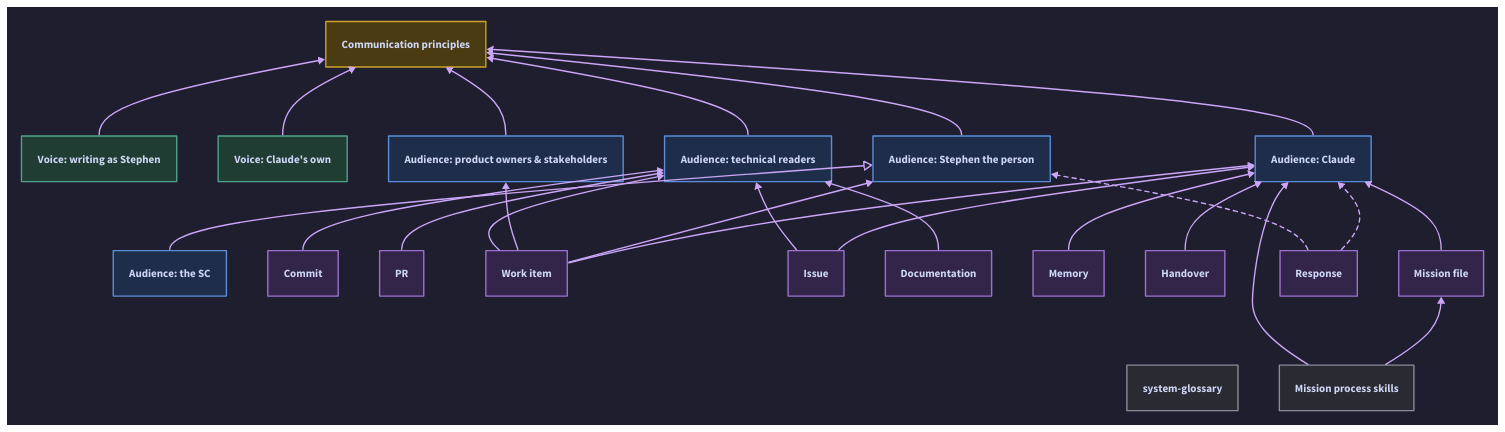
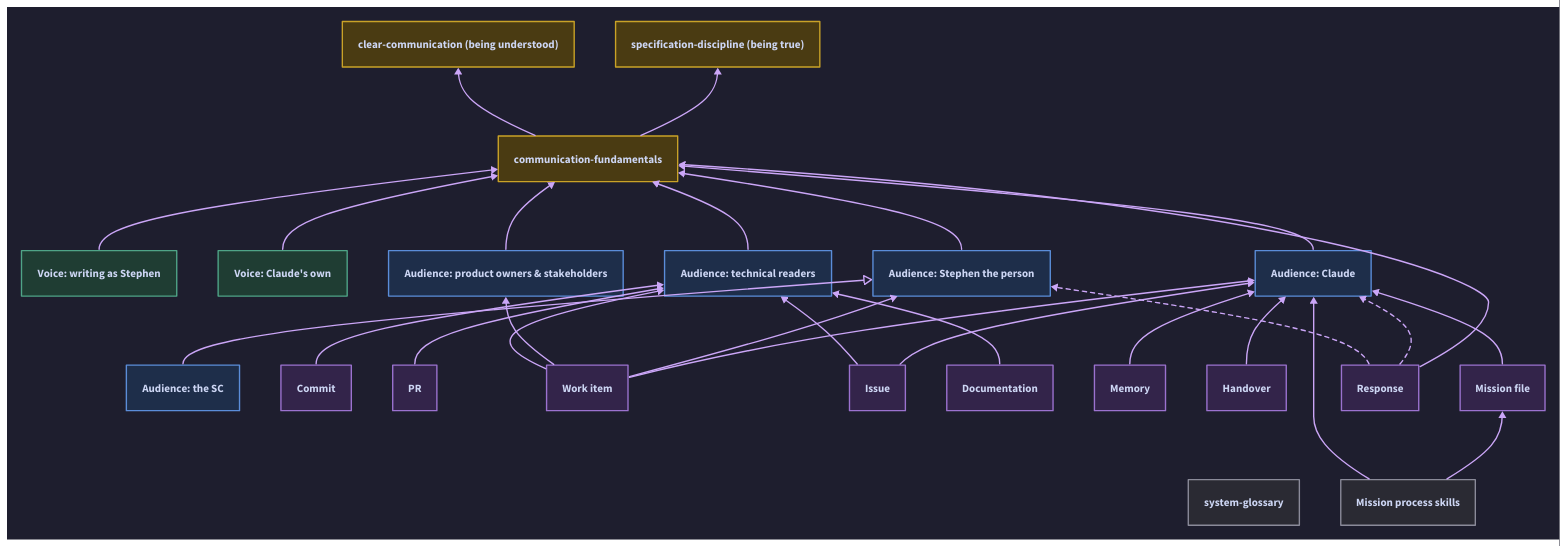
Before and after one commit to shellicar/skills: the diagram in docs/diagrams/communication.d2, drawn with D2. The commit also changed 4 other files, not shown here.

Commit message:
Thin communication-fundamentals to the foundation umbrella

```diff
--- a/docs/diagrams/communication.d2
+++ b/docs/diagrams/communication.d2
@@ -1,112 +1,118 @@
 vars: {
   d2-config: {
     theme-id: 200
   }
 }
 
 # The communication model — layers and dependencies.
 # Layers are colours, not groups, so related nodes cluster naturally.
 # Global layers: foundation (gold), voice (green), audience (blue), medium (purple).
 # Fleet layer (grey): outside the model, extends it.
 # Dependencies point down the model only.
 # The hollow-triangle edge is inheritance: the SC extends Stephen the person, so it is an audience.
 # Dashed edges are per-instance: a response reaches one of its audiences, chosen at composition time.
 
 direction: up
 
 classes: {
   foundation: {
     style: {
       fill: "#4A3B12"
       stroke: "#C9A227"
     }
   }
   voice: {
     style: {
       fill: "#1F3D33"
       stroke: "#4FA487"
     }
   }
   audience: {
     style: {
       fill: "#1E2E4A"
       stroke: "#5B8DD9"
     }
   }
   medium: {
     style: {
       fill: "#33244A"
       stroke: "#9B72CF"
     }
   }
   fleet: {
     style: {
       fill: "#2A2A33"
       stroke: "#8A8A99"
     }
   }
   extends: {
     target-arrowhead: {
       shape: triangle
       style: {
         filled: false
       }
     }
   }
   per-instance: {
     style: {
       stroke-dash: 3
     }
   }
 }
 
-principles: Communication principles {class: foundation}
+fundamentals: communication-fundamentals {class: foundation}
+clear-communication: clear-communication (being understood) {class: foundation}
+specification-discipline: specification-discipline (being true) {class: foundation}
+
+fundamentals -> clear-communication
+fundamentals -> specification-discipline
 
 stephen-voice: "Voice: writing as Stephen" {class: voice}
 claude-voice: "Voice: Claude's own" {class: voice}
 
 stephen-person: "Audience: Stephen the person" {class: audience}
 claude-reader: "Audience: Claude" {class: audience}
 technical-reader: "Audience: technical readers" {class: audience}
 stakeholder: "Audience: product owners & stakeholders" {class: audience}
 sc: "Audience: the SC" {class: audience}
 
 commit: Commit {class: medium}
 pr: PR {class: medium}
 work-item: Work item {class: medium}
 issue: Issue {class: medium}
 documentation: Documentation {class: medium}
 memory: Memory {class: medium}
 handover: Handover {class: medium}
 mission-file: Mission file {class: medium}
 response: Response {class: medium}
 
 glossary: system-glossary {class: fleet}
 mission-process: Mission process skills {class: fleet}
 
-stephen-voice -> principles
-claude-voice -> principles
+stephen-voice -> fundamentals
+claude-voice -> fundamentals
 
-stephen-person -> principles
-claude-reader -> principles
-technical-reader -> principles
-stakeholder -> principles
+stephen-person -> fundamentals
+claude-reader -> fundamentals
+technical-reader -> fundamentals
+stakeholder -> fundamentals
 
 commit -> technical-reader
 pr -> technical-reader
 work-item -> technical-reader
 work-item -> stakeholder
 work-item -> stephen-person
 work-item -> claude-reader
 issue -> technical-reader
 issue -> claude-reader
 documentation -> technical-reader
 memory -> claude-reader
 handover -> claude-reader
 mission-file -> claude-reader
 response -> stephen-person {class: per-instance}
 response -> claude-reader {class: per-instance}
+response -> fundamentals
 
 sc -> stephen-person {class: extends}
 mission-process -> claude-reader
 mission-process -> mission-file
```
